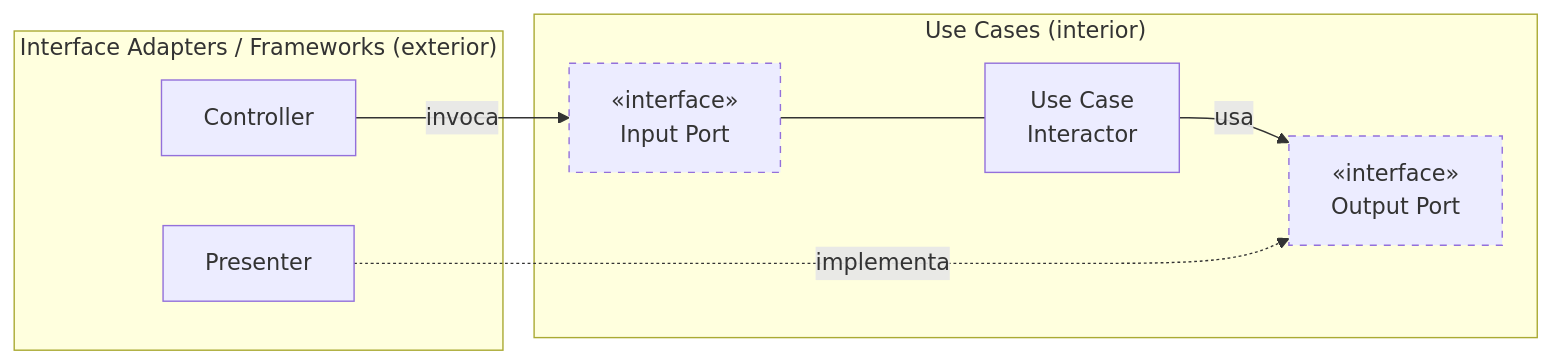
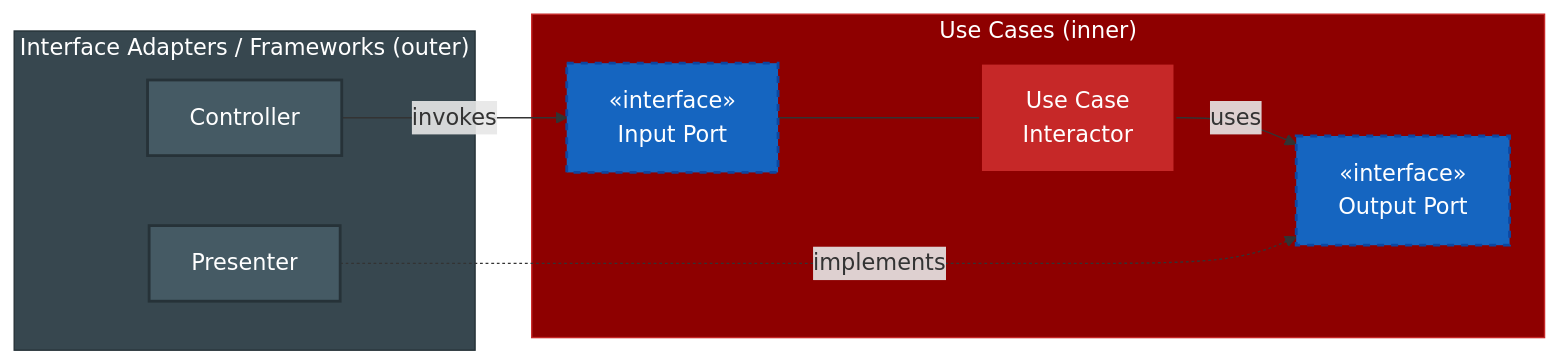
Before and after one commit to JavierMachucaA/clean-architecture-guia: the second of 3 diagrams in 08-la-arquitectura-limpia/03-cruce-de-limites-e-inversion.md, drawn with Mermaid. The commit also changed other lines of this file and 6 other files, not shown here.

````diff
--- a/08-la-arquitectura-limpia/03-cruce-de-limites-e-inversion.md
+++ b/08-la-arquitectura-limpia/03-cruce-de-limites-e-inversion.md
@@ -20,21 +25,26 @@
 ```mermaid
 flowchart LR
-    subgraph EXT["Interface Adapters / Frameworks (exterior)"]
+    subgraph EXT["Interface Adapters / Frameworks (outer)"]
         C["Controller"]
         P["Presenter"]
     end
 
-    subgraph INT["Use Cases (interior)"]
+    subgraph INT["Use Cases (inner)"]
         IP["«interface»<br/>Input Port"]
         UC["Use Case<br/>Interactor"]
         OP["«interface»<br/>Output Port"]
     end
 
-    C -->|invoca| IP
+    C -->|invokes| IP
     IP --- UC
-    UC -->|usa| OP
-    P -. implementa .-> OP
+    UC -->|uses| OP
+    P -. implements .-> OP
 
-    style IP stroke-dasharray:5 5
-    style OP stroke-dasharray:5 5
+    style C fill:#455a64,stroke:#263238,stroke-width:2px,color:#fff
+    style P fill:#455a64,stroke:#263238,stroke-width:2px,color:#fff
+    style UC fill:#c62828,stroke:#8e0000,stroke-width:2px,color:#fff
+    style IP fill:#1565c0,stroke:#0d47a1,stroke-width:2px,color:#fff,stroke-dasharray:5 5
+    style OP fill:#1565c0,stroke:#0d47a1,stroke-width:2px,color:#fff,stroke-dasharray:5 5
+    style EXT fill:#37474f,stroke:#263238,stroke-width:1px,color:#fff
+    style INT fill:#8e0000,stroke:#c62828,stroke-width:1px,color:#fff
 ```
````
